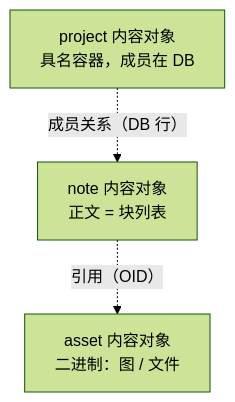
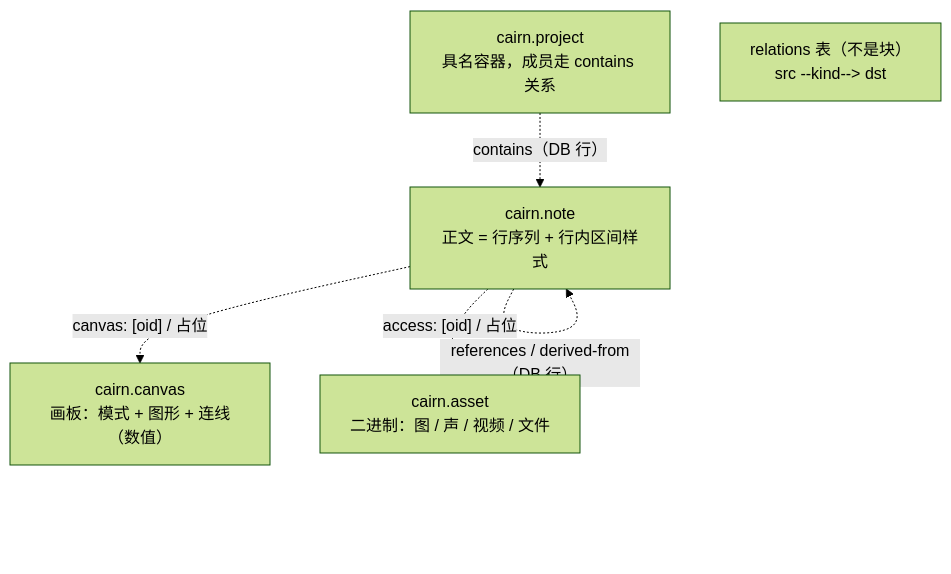
The diagram in docs/architecture/data-model.md (HanYang06/cairn), drawn with Mermaid (forest theme) before and after one commit. The commit also changed other lines of this file and 13 other files, not shown here.

````diff
--- a/docs/architecture/data-model.md
+++ b/docs/architecture/data-model.md
@@ -33,8 +32,12 @@
 ```mermaid
 graph TD
-    N["note 内容对象<br/>正文 = 块列表"]
-    A["asset 内容对象<br/>二进制：图 / 文件"]
-    P["project 内容对象<br/>具名容器，成员在 DB"]
-    N -.引用（OID）.-> A
-    P -.成员关系（DB 行）.-> N
+    N["cairn.note<br/>正文 = 行序列 + 行内区间样式"]
+    C["cairn.canvas<br/>画板：模式 + 图形 + 连线（数值）"]
+    A["cairn.asset<br/>二进制：图 / 声 / 视频 / 文件"]
+    P["cairn.project<br/>具名容器，成员走 contains 关系"]
+    R["relations 表（不是块）<br/>src --kind--> dst"]
+    N -. "canvas: [oid] / 占位" .-> C
+    N -. "access: [oid] / 占位" .-> A
+    P -. "contains（DB 行）" .-> N
+    N -. "references / derived-from（DB 行）" .-> N
 ```
````
